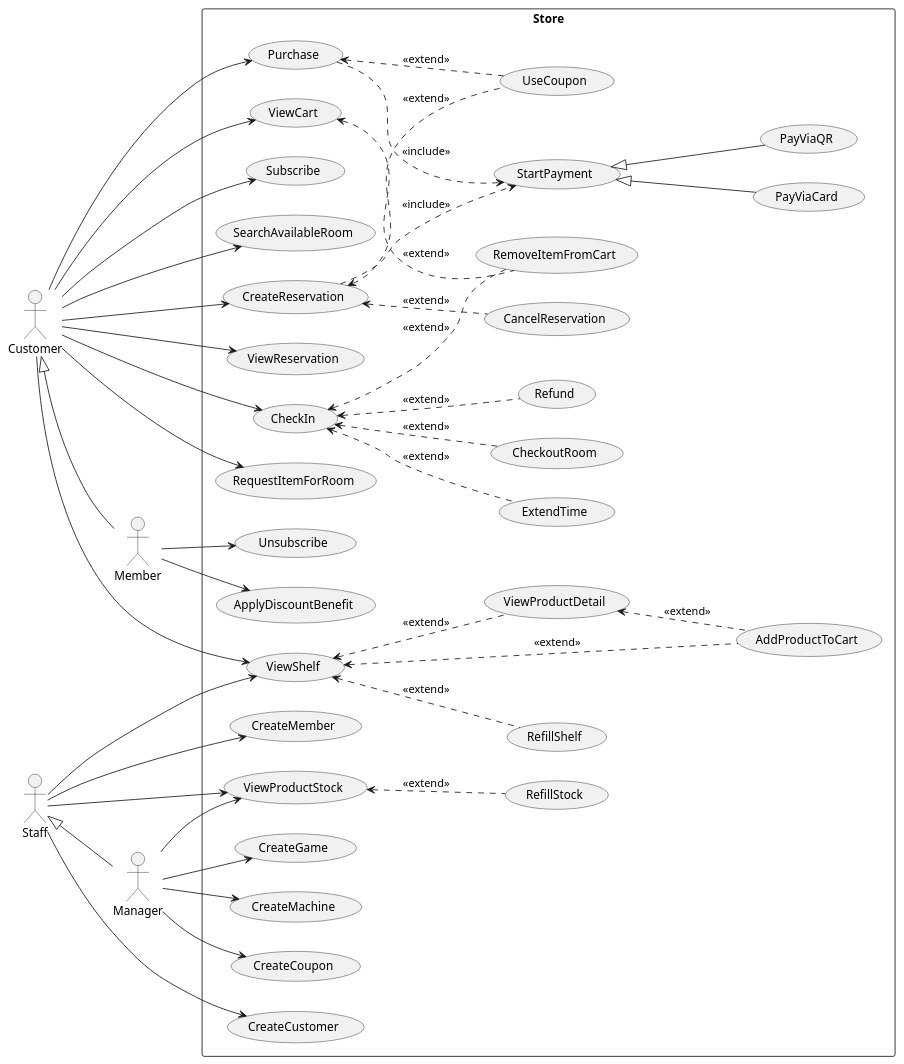
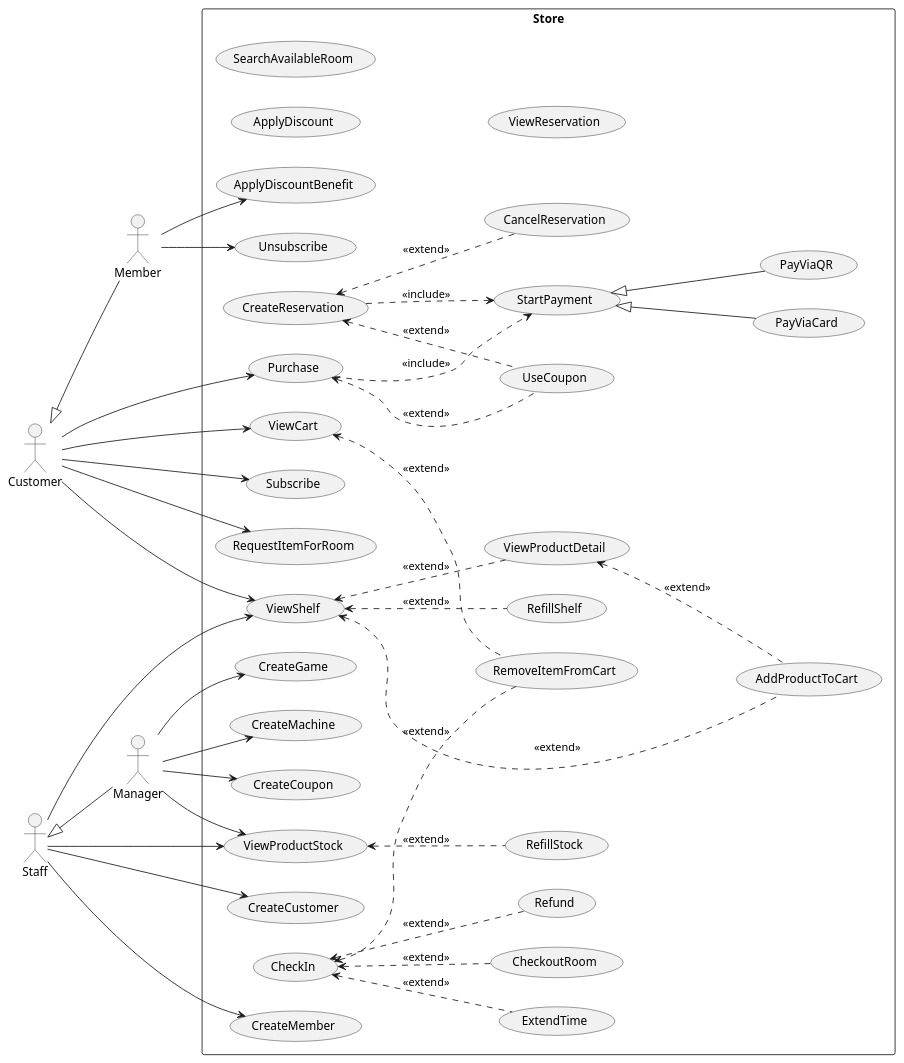
The diagram in UseCaseDiagram/usecase_diagram.puml (WaroonRagwongsiri/OOP_Project), drawn with PlantUML before and after one commit.

Commit message:
Revised usecase diagram

```diff
--- a/UseCaseDiagram/usecase_diagram.puml
+++ b/UseCaseDiagram/usecase_diagram.puml
@@ -1,114 +1,111 @@
 @startuml UseCaseDiagram
 left to right direction
 
 ' =========================
 ' Actors (from hierarchy in Class Diagram)
 ' =========================
 actor "Customer" as A_Customer
 actor "Member" as A_Member
 actor "Staff" as A_Staff
 actor "Manager" as A_Manager
 
 A_Customer <|-- A_Member
 A_Staff <|-- A_Manager
 
 rectangle "Store" {
 
 	'Customer'
 	usecase "AddProductToCart" as UC_AddProductToCart
 	usecase "ViewCart" as UC_ViewCart
 	usecase "RemoveItemFromCart" as UC_RemoveItemFromCart
 	usecase "ViewShelf" as UC_ViewShelf
 	usecase "ViewProductDetail" as UC_ViewProductDetail
 	usecase "Purchase" as UC_Purchase
 	usecase "UseCoupon" as UC_UseCoupon
 	usecase "Subscribe" as UC_Subscribe
 
 	'Payment'
 	usecase "StartPayment" as UC_StartPayment
 	usecase "PayViaCard" as UC_PayViaCard
 	usecase "PayViaQR" as UC_PayViaQR
 
 	'Member'
 	usecase "ApplyDiscountBenefit" as UC_ApplyDiscountBenefit
 	usecase "Unsubscribe" as UC_Unsubscribe
 
 	'Staff'
+	usecase "ApplyDiscount" as UC_ApplyDiscount
 	usecase "CreateCustomer" as UC_CreateCustomer
 	usecase "CreateMember" as UC_CreateMember
 
 	'Manager'
 	usecase "CreateGame" as UC_CreateGame
 	usecase "CreateMachine" as UC_CreateMachine
 	usecase "ViewProductStock" as UC_ViewProductStock
 	usecase "ViewShelf" as UC_ViewShelf
 	usecase "RefillShelf" as UC_RefillShelf
 	usecase "CreateCoupon" as UC_CreateCoupon
 	usecase "RefillStock" as UC_RefillStock
 
 	'Room Reservation'
 	usecase "SearchAvailableRoom" as UC_SearchAvailableRoom
 	usecase "CreateReservation" as UC_CreateReservation
 	usecase "ViewReservation" as UC_ViewReservation
 	usecase "CancelReservation" as UC_CancelReservation
 	usecase "CheckIn" as UC_CheckIn
 	usecase "ExtendTime" as UC_ExtendTime
 	usecase "CheckoutRoom" as UC_CheckoutRoom
 	usecase "Refund" as UC_Refund
 	usecase "RequestItemForRoom" as UC_RequestItemForRoom
 }
 
 'Customer'
 A_Customer --> UC_ViewCart
 A_Customer --> UC_ViewShelf
 A_Customer --> UC_Purchase
 A_Customer --> UC_Subscribe
 A_Customer --> UC_RequestItemForRoom
-A_Customer --> UC_SearchAvailableRoom
-A_Customer --> UC_CreateReservation
-A_Customer --> UC_ViewReservation
-A_Customer --> UC_CheckIn
 
 UC_ViewShelf <.. UC_AddProductToCart : <<extend>>
 UC_ViewShelf <.. UC_ViewProductDetail : <<extend>>
 
 UC_ViewProductDetail <.. UC_AddProductToCart : <<extend>>
 
 UC_ViewCart <.. UC_RemoveItemFromCart : <<extend>>
 
 UC_Purchase <.. UC_UseCoupon : <<extend>>
 UC_Purchase ..> UC_StartPayment : <<include>>
 
 'Payment'
 UC_StartPayment <|-- UC_PayViaCard
 UC_StartPayment <|-- UC_PayViaQR
 
 'Member'
 A_Member --> UC_ApplyDiscountBenefit
 A_Member --> UC_Unsubscribe
 
 'Staff'
 A_Staff --> UC_ViewProductStock
 A_Staff --> UC_CreateCustomer
 A_Staff --> UC_CreateMember
 A_Staff --> UC_ViewShelf
 
 UC_CheckIn <.. UC_Refund : <<extend>>
 UC_CheckIn <.. UC_ExtendTime : <<extend>>
 UC_CheckIn <.. UC_RemoveItemFromCart : <<extend>>
 UC_CheckIn <.. UC_CheckoutRoom : <<extend>>
 
 UC_ViewProductStock <.. UC_RefillStock : <<extend>>
 UC_ViewShelf <.. UC_RefillShelf : <<extend>>
 
 'Manager'
 A_Manager --> UC_CreateCoupon
 A_Manager --> UC_ViewProductStock
 A_Manager --> UC_CreateGame
 A_Manager --> UC_CreateMachine
 
 UC_CreateReservation ..> UC_StartPayment : <<include>>
 UC_CreateReservation <.. UC_UseCoupon : <<extend>>
 UC_CreateReservation <.. UC_CancelReservation : <<extend>>
 
 @enduml
```
